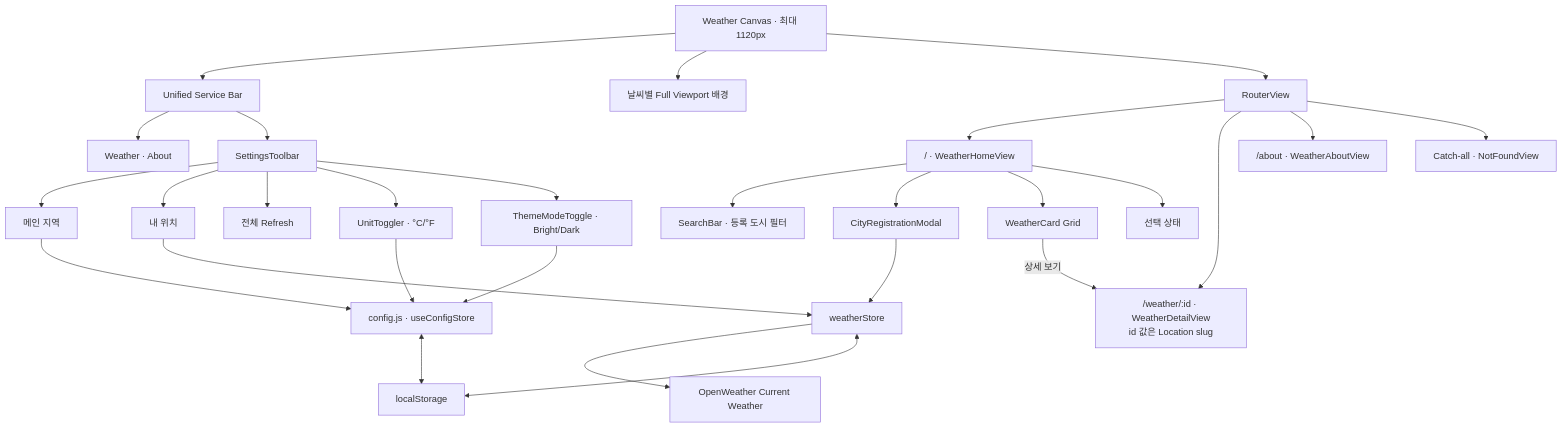
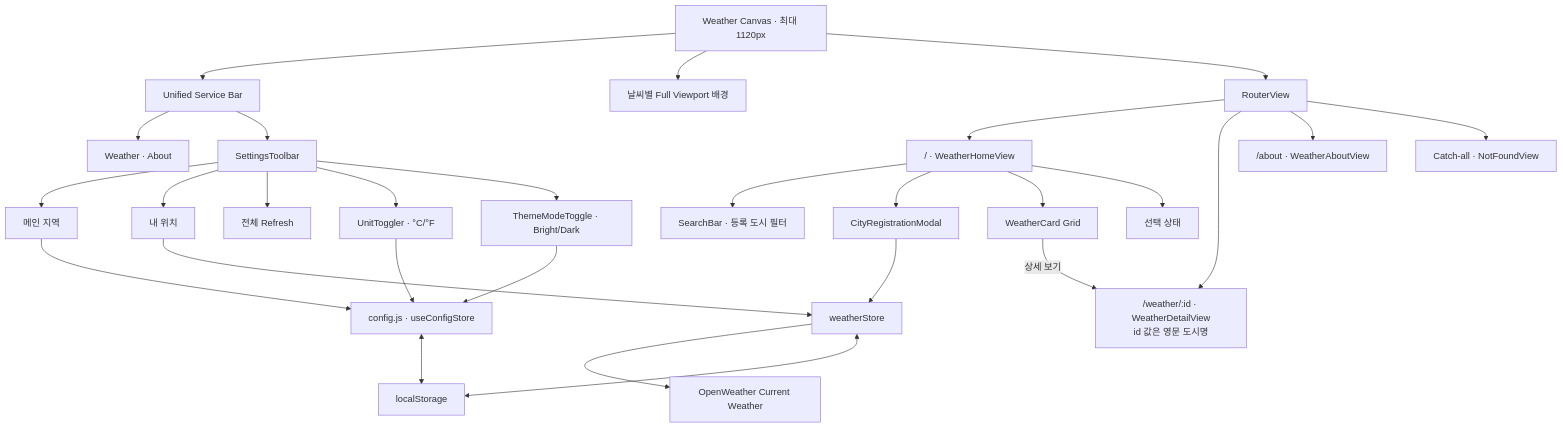
Before and after one commit to seungminoh-dev/skala-vue: the first of 2 diagrams in requirements/ia.md, drawn with Mermaid. The commit also changed other lines of this file and 9 other files, not shown here.

````diff
--- a/requirements/ia.md
+++ b/requirements/ia.md
@@ -9,56 +9,56 @@
 ```mermaid
 flowchart TD
   APP["Weather Canvas · 최대 1120px"]
   BACKGROUND["날씨별 Full Viewport 배경"]
   HEADER["Unified Service Bar"]
   NAV["Weather · About"]
   SETTINGS["SettingsToolbar"]
   PRIMARY["메인 지역"]
   CURRENT["내 위치"]
   REFRESH["전체 Refresh"]
   UNIT["UnitToggler · °C/°F"]
   THEME["ThemeModeToggle · Bright/Dark"]
   OUTLET["RouterView"]
 
   HOME["/ · WeatherHomeView"]
-  DETAIL["/weather/:id · WeatherDetailView<br/>id 값은 Location slug"]
+  DETAIL["/weather/:id · WeatherDetailView<br/>id 값은 영문 도시명"]
   ABOUT["/about · WeatherAboutView"]
   ERROR["Catch-all · NotFoundView"]
 
   SEARCH["SearchBar · 등록 도시 필터"]
   REGISTER["CityRegistrationModal"]
   GRID["WeatherCard Grid"]
   STATUS["선택 상태"]
   WEATHER_STORE["weatherStore"]
   CONFIG_STORE["config.js · useConfigStore"]
   STORAGE["localStorage"]
   API["OpenWeather Current Weather"]
 
   APP --> HEADER
   APP --> BACKGROUND
   HEADER --> NAV
   HEADER --> SETTINGS
   SETTINGS --> PRIMARY
   SETTINGS --> CURRENT
   SETTINGS --> REFRESH
   SETTINGS --> UNIT
   SETTINGS --> THEME
   APP --> OUTLET
   OUTLET --> HOME
   OUTLET --> DETAIL
   OUTLET --> ABOUT
   OUTLET --> ERROR
   HOME --> SEARCH
   HOME --> REGISTER
   HOME --> GRID
   HOME --> STATUS
   GRID -->|상세 보기| DETAIL
   PRIMARY --> CONFIG_STORE
   UNIT --> CONFIG_STORE
   THEME --> CONFIG_STORE
   CURRENT --> WEATHER_STORE
   REGISTER --> WEATHER_STORE
   WEATHER_STORE --> API
   WEATHER_STORE <--> STORAGE
   CONFIG_STORE <--> STORAGE
 ```
````
